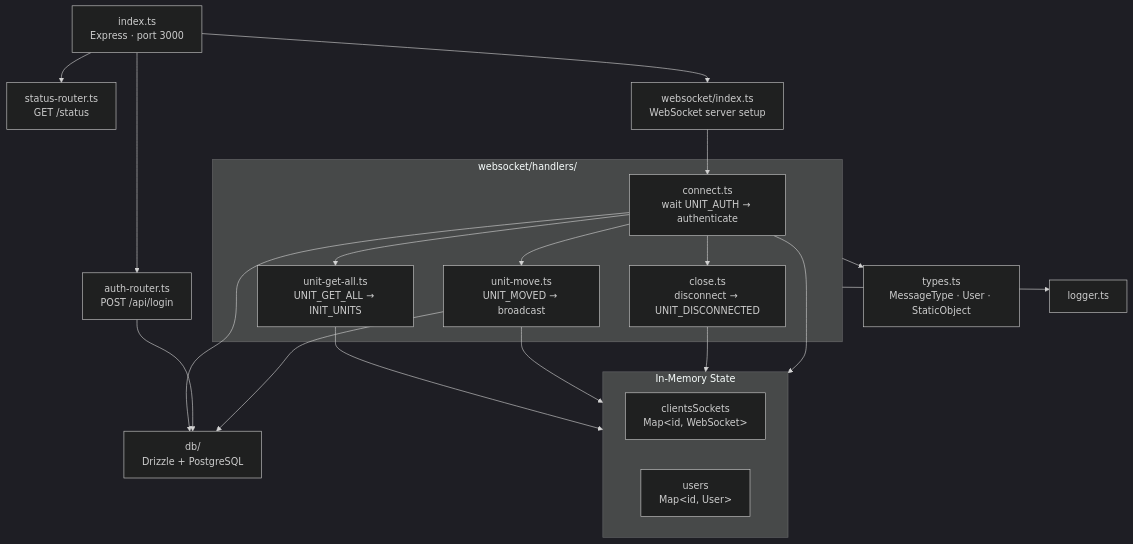
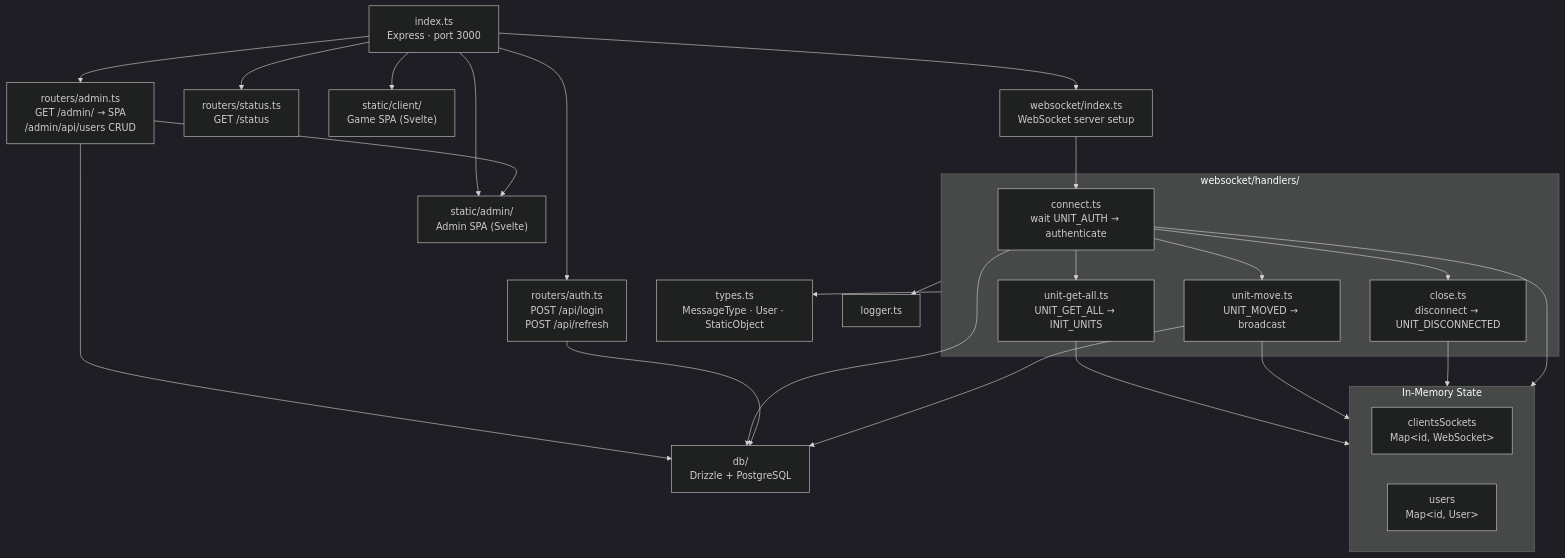
The diagram in docs/server.md (NeradziukA/hives), drawn with Mermaid (dark theme) before and after one commit. The commit also changed other lines of this file and 31 other files, not shown here.

First line of the commit message:
feat: admin panel Svelte SPA + router reorganization

````diff
--- a/docs/server.md
+++ b/docs/server.md
@@ -21,33 +27,38 @@
 ```mermaid
 graph TD
     index["index.ts\nExpress · port 3000"]
-    authRouter["auth-router.ts\nPOST /api/login"]
-    statusRouter["status-router.ts\nGET /status"]
+    authRouter["routers/auth.ts\nPOST /api/login\nPOST /api/refresh"]
+    adminRouter["routers/admin.ts\nGET /admin/ → SPA\n/admin/api/users CRUD"]
+    statusRouter["routers/status.ts\nGET /status"]
+    staticClient["static/client/\nGame SPA (Svelte)"]
+    staticAdmin["static/admin/\nAdmin SPA (Svelte)"]
     wsIndex["websocket/index.ts\nWebSocket server setup"]
     db["db/\nDrizzle + PostgreSQL"]
     types["types.ts\nMessageType · User · StaticObject"]
     logger["logger.ts"]
 
     subgraph Handlers["websocket/handlers/"]
         connect["connect.ts\nwait UNIT_AUTH → authenticate"]
         unitGetAll["unit-get-all.ts\nUNIT_GET_ALL → INIT_UNITS"]
         unitMove["unit-move.ts\nUNIT_MOVED → broadcast"]
         close["close.ts\ndisconnect → UNIT_DISCONNECTED"]
     end
 
     subgraph State["In-Memory State"]
         sockets["clientsSockets\nMap&lt;id, WebSocket&gt;"]
         users["users\nMap&lt;id, User&gt;"]
     end
 
-    index --> authRouter & statusRouter & wsIndex
+    index --> authRouter & adminRouter & statusRouter & wsIndex
+    index --> staticClient & staticAdmin
+    adminRouter --> staticAdmin & db
     wsIndex --> connect
     connect --> unitGetAll & unitMove & close
     connect --> db
     authRouter --> db
     unitGetAll --> State
     unitMove --> State & db
     close --> State
     connect --> State
     Handlers --> logger & types
 ```
````
